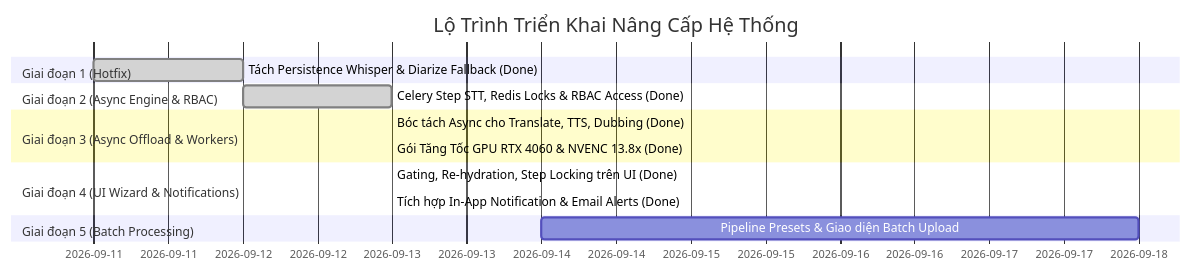
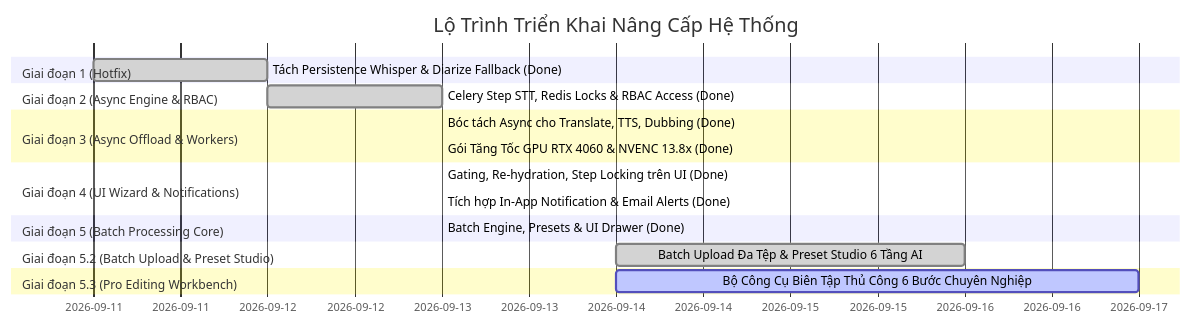
The eighth of 8 diagrams in docs/THIET_KE_KIEN_TRUC_HE_THONG_XU_LY_VIDEO_ASYNC_MULTI_MODEL_BATCH.md (kaliber2602/AI_video_translation_system), drawn with Mermaid before and after one commit. The commit also changed other lines of this file and 18 other files, not shown here.

````diff
--- a/docs/THIET_KE_KIEN_TRUC_HE_THONG_XU_LY_VIDEO_ASYNC_MULTI_MODEL_BATCH.md
+++ b/docs/THIET_KE_KIEN_TRUC_HE_THONG_XU_LY_VIDEO_ASYNC_MULTI_MODEL_BATCH.md
@@ -766,17 +1381,21 @@
 ```mermaid
 gantt
     title Lộ Trình Triển Khai Nâng Cấp Hệ Thống
     dateFormat  YYYY-MM-DD
     section Giai đoạn 1 (Hotfix)
-    Tách Persistence Whisper & Diarize Fallback (Done)  :done, 2026-09-11, 2026-09-12
+    Tách Persistence Whisper & Diarize Fallback (Done)       :done, 2026-09-11, 2026-09-12
     section Giai đoạn 2 (Async Engine & RBAC)
-    Celery Step STT, Redis Locks & RBAC Access (Done)   :done, 2026-09-12, 2026-09-13
+    Celery Step STT, Redis Locks & RBAC Access (Done)        :done, 2026-09-12, 2026-09-13
     section Giai đoạn 3 (Async Offload & Workers)
-    Bóc tách Async cho Translate, TTS, Dubbing (Done)    :done, 2026-09-13, 2026-09-13
-    Gói Tăng Tốc GPU RTX 4060 & NVENC 13.8x (Done)      :done, 2026-09-13, 2026-09-13
+    Bóc tách Async cho Translate, TTS, Dubbing (Done)         :done, 2026-09-13, 2026-09-13
+    Gói Tăng Tốc GPU RTX 4060 & NVENC 13.8x (Done)           :done, 2026-09-13, 2026-09-13
     section Giai đoạn 4 (UI Wizard & Notifications)
-    Gating, Re-hydration, Step Locking trên UI (Done)   :done, 2026-09-13, 2026-09-13
-    Tích hợp In-App Notification & Email Alerts (Done)  :done, 2026-09-13, 2026-09-13
-    section Giai đoạn 5 (Batch Processing)
-    Pipeline Presets & Giao diện Batch Upload           :2026-09-14, 4d
+    Gating, Re-hydration, Step Locking trên UI (Done)        :done, 2026-09-13, 2026-09-13
+    Tích hợp In-App Notification & Email Alerts (Done)       :done, 2026-09-13, 2026-09-13
+    section Giai đoạn 5 (Batch Processing Core)
+    Batch Engine, Presets & UI Drawer (Done)                :done, 2026-09-13, 2026-09-13
+    section Giai đoạn 5.2 (Batch Upload & Preset Studio)
+    Batch Upload Đa Tệp & Preset Studio 6 Tầng AI           :done, 2026-09-14, 2d
+    section Giai đoạn 5.3 (Pro Editing Workbench)
+    Bộ Công Cụ Biên Tập Thủ Công 6 Bước Chuyên Nghiệp       :active, 2026-09-14, 3d
 ```
````
